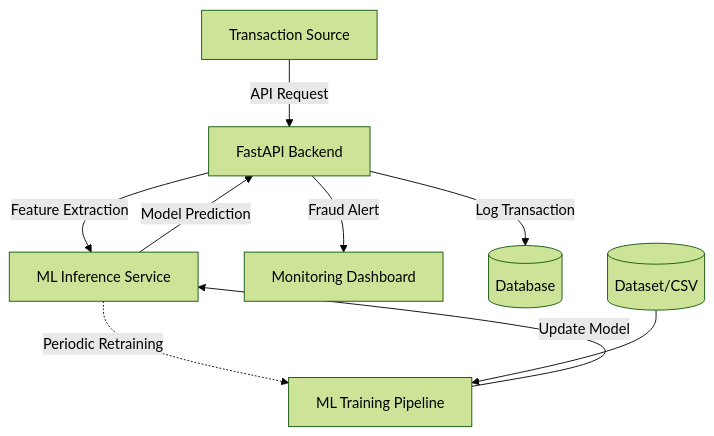
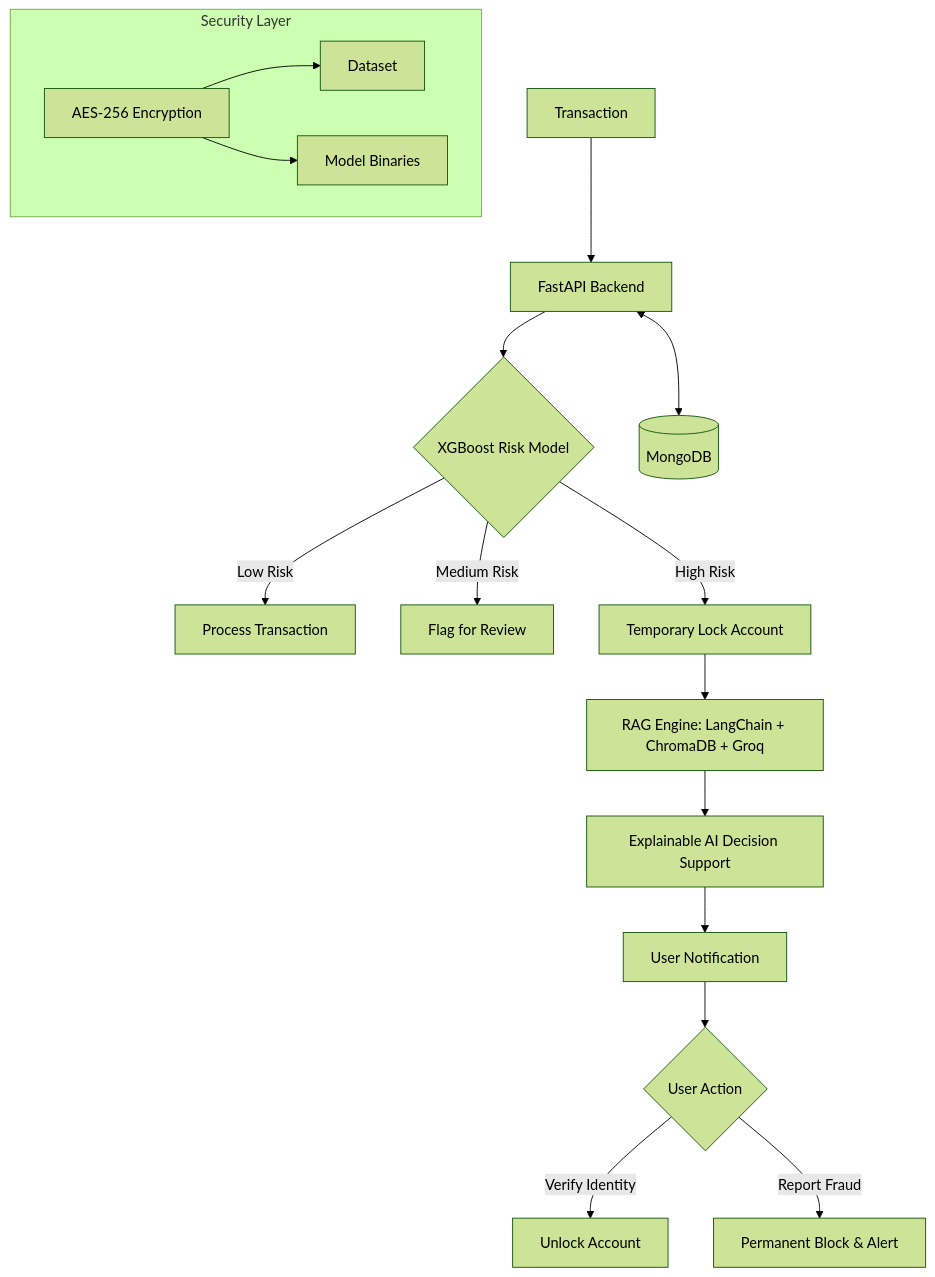
Before and after one commit to dinesh7271/FC05-Real-Time-Fraud-Detection: the diagram in README.md, drawn with Mermaid (forest theme). The commit also changed other lines of this file and 3 other files, not shown here.

Commit message:
Update architecture: Integrate RAG, MongoDB, and AES encryption based on jury feedback

````diff
--- a/README.md
+++ b/README.md
@@ -10,11 +14,24 @@
 ```mermaid
 graph TD
-    A[Transaction Source] -->|API Request| B[FastAPI Backend]
-    B -->|Feature Extraction| C[ML Inference Service]
-    C -->|Model Prediction| B
-    B -->|Fraud Alert| D[Monitoring Dashboard]
-    B -->|Log Transaction| E[(Database)]
-    C -.->|Periodic Retraining| F[ML Training Pipeline]
-    G[(Dataset/CSV)] --> F
-    F -->|Update Model| C
+    A[Transaction] --> B[FastAPI Backend]
+    B --> C{XGBoost Risk Model}
+    
+    C -->|Low Risk| D[Process Transaction]
+    C -->|Medium Risk| E[Flag for Review]
+    C -->|High Risk| F[Temporary Lock Account]
+    
+    F --> G[RAG Engine: LangChain + ChromaDB + Groq]
+    G --> H[Explainable AI Decision Support]
+    
+    H --> I[User Notification]
+    I --> J{User Action}
+    J -->|Verify Identity| K[Unlock Account]
+    J -->|Report Fraud| L[Permanent Block & Alert]
+    
+    subgraph "Security Layer"
+        M[AES-256 Encryption] --> N[Dataset]
+        M --> O[Model Binaries]
+    end
+    
+    B <--> P[(MongoDB)]
 ```
````
